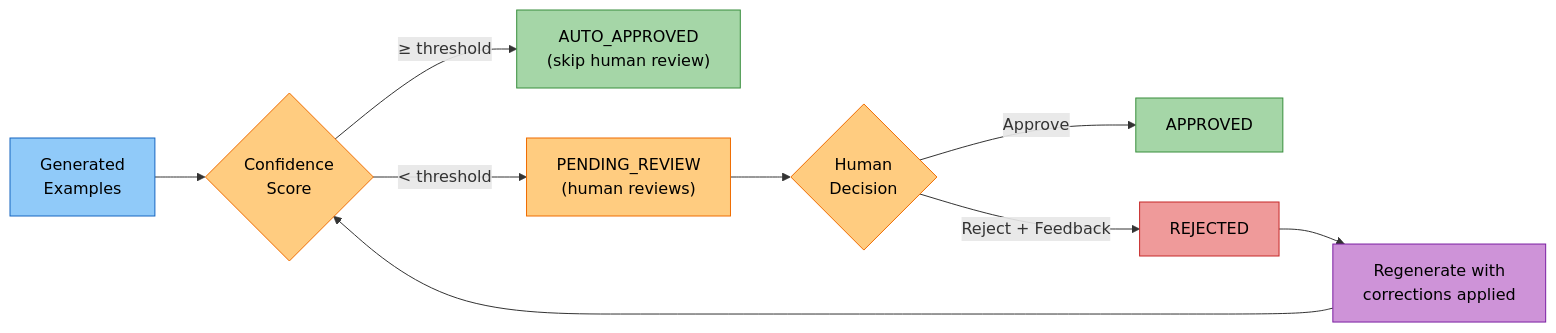
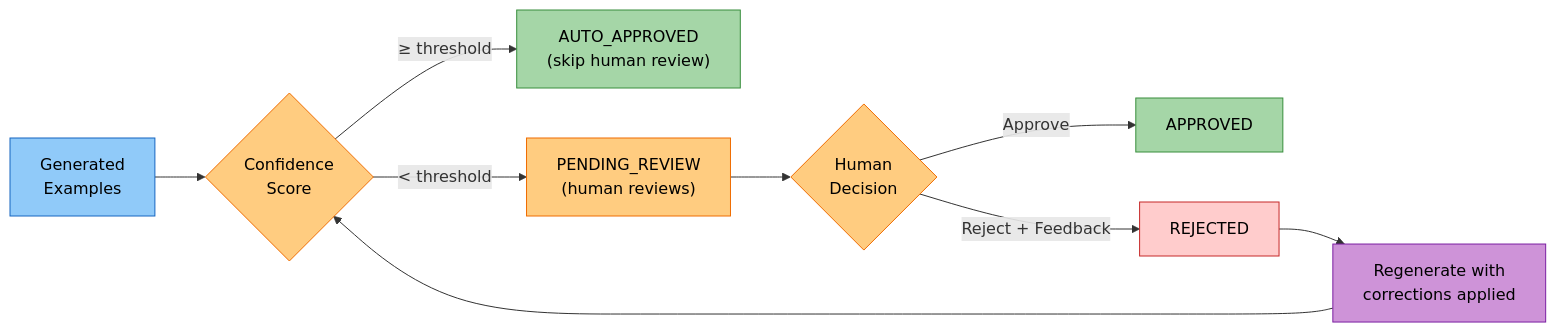
Before and after one commit to amit-jain/cogniverse: the third of 8 diagrams in docs/architecture/evaluation-optimization-loop.md, drawn with Mermaid. The commit also changed other lines of this file and 2 other files, not shown here.

````diff
--- a/docs/architecture/evaluation-optimization-loop.md
+++ b/docs/architecture/evaluation-optimization-loop.md
@@ -299,22 +299,22 @@
 ```mermaid
 flowchart LR
     GEN["<span style='color:#000'>Generated<br/>Examples</span>"] --> CONF{"<span style='color:#000'>Confidence<br/>Score</span>"}
     CONF -- "≥ threshold" --> AUTO["<span style='color:#000'>AUTO_APPROVED<br/>(skip human review)</span>"]
     CONF -- "< threshold" --> PEND["<span style='color:#000'>PENDING_REVIEW<br/>(human reviews)</span>"]
 
     PEND --> HUMAN{"<span style='color:#000'>Human<br/>Decision</span>"}
     HUMAN -- "Approve" --> APP["<span style='color:#000'>APPROVED</span>"]
     HUMAN -- "Reject + Feedback" --> REJ["<span style='color:#000'>REJECTED</span>"]
 
     REJ --> REGEN["<span style='color:#000'>Regenerate with<br/>corrections applied</span>"]
     REGEN --> CONF
 
     style GEN fill:#90caf9,stroke:#1565c0,color:#000
     style CONF fill:#ffcc80,stroke:#ef6c00,color:#000
     style AUTO fill:#a5d6a7,stroke:#388e3c,color:#000
     style PEND fill:#ffcc80,stroke:#ef6c00,color:#000
     style HUMAN fill:#ffcc80,stroke:#ef6c00,color:#000
     style APP fill:#a5d6a7,stroke:#388e3c,color:#000
-    style REJ fill:#ef9a9a,stroke:#c62828,color:#000
+    style REJ fill:#ffcccc,stroke:#c62828,color:#000
     style REGEN fill:#ce93d8,stroke:#7b1fa2,color:#000
 ```
````
